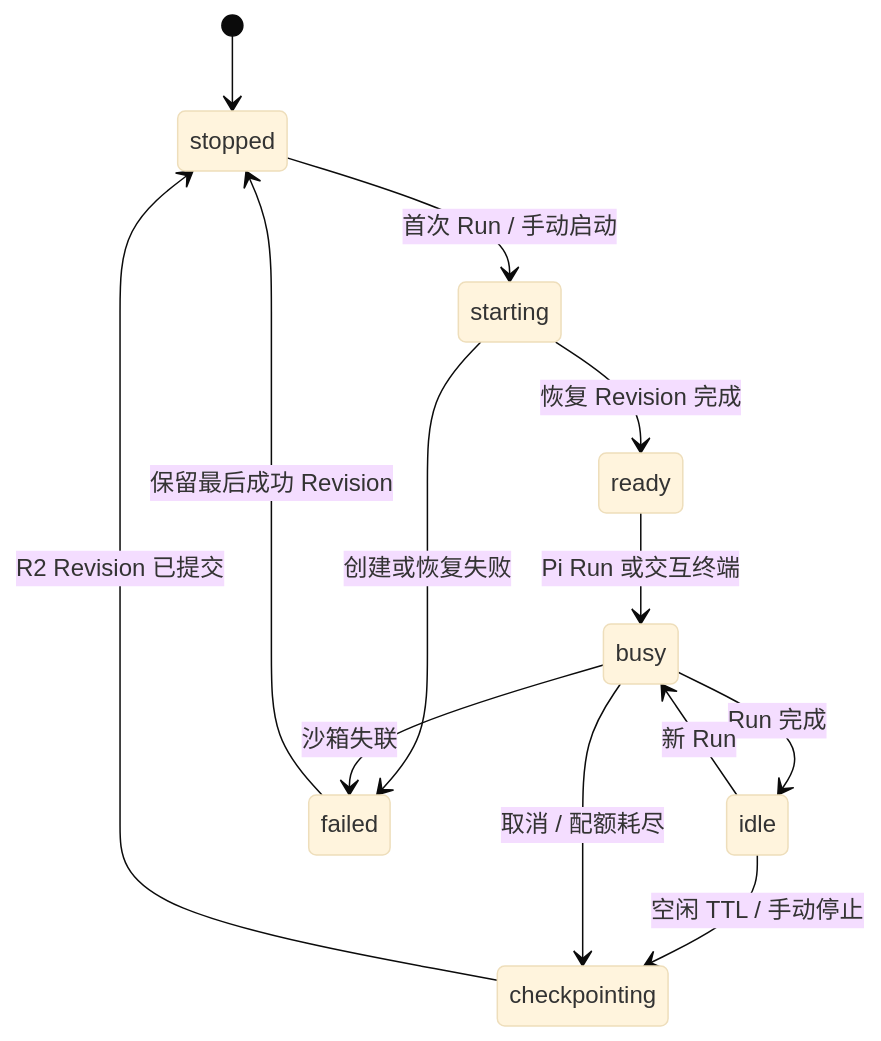
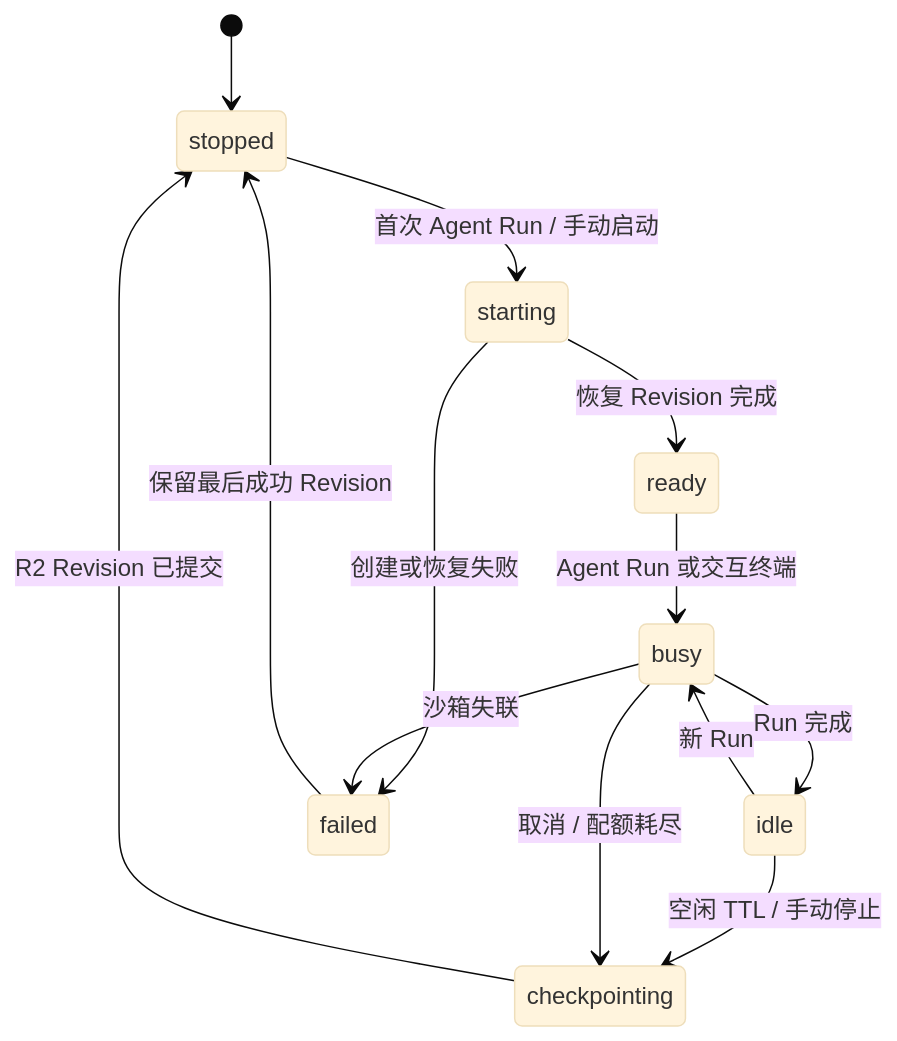
Before and after one commit to DeyunMa/agent-online: the first of 2 diagrams in docs/architecture/02-sandbox-runtime.md, drawn with Mermaid (base theme). The commit also changed other lines of this file and 27 other files, not shown here.

First line of the commit message:
refactor(architecture): generalize agent runtime

````diff
--- a/docs/architecture/02-sandbox-runtime.md
+++ b/docs/architecture/02-sandbox-runtime.md
@@ -14,15 +23,15 @@
 ```mermaid
 stateDiagram-v2
     [*] --> stopped
-    stopped --> starting: 首次 Run / 手动启动
+    stopped --> starting: 首次 Agent Run / 手动启动
     starting --> ready: 恢复 Revision 完成
-    ready --> busy: Pi Run 或交互终端
+    ready --> busy: Agent Run 或交互终端
     busy --> idle: Run 完成
     idle --> busy: 新 Run
     idle --> checkpointing: 空闲 TTL / 手动停止
     busy --> checkpointing: 取消 / 配额耗尽
     checkpointing --> stopped: R2 Revision 已提交
     starting --> failed: 创建或恢复失败
     busy --> failed: 沙箱失联
     failed --> stopped: 保留最后成功 Revision
 ```
````
